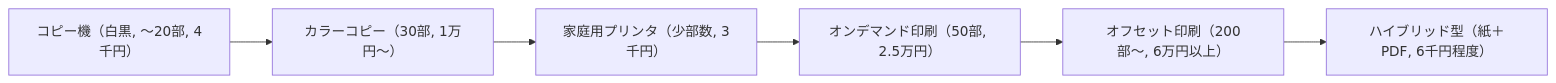
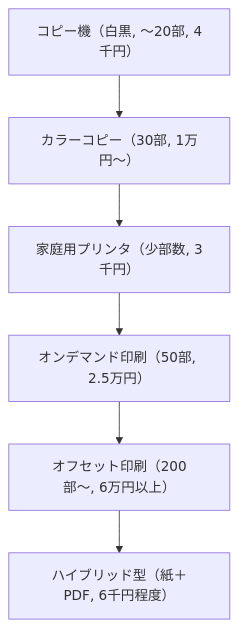
The fourth of 4 diagrams in _posts/2025-09-27-Column-Rave-Zine-Howto.md (monumental-movement/monumental-movement.github.io), drawn with Mermaid before and after one commit. The commit also changed other lines of this file, not shown here.

```diff
--- a/_posts/2025-09-27-Column-Rave-Zine-Howto.md
+++ b/_posts/2025-09-27-Column-Rave-Zine-Howto.md
@@ -270,8 +254,8 @@
 <div class="mermaid">
-graph LR
+flowchart TD
     A["コピー機（白黒, 〜20部, 4千円）"] --> B["カラーコピー（30部, 1万円〜）"]
     B --> C["家庭用プリンタ（少部数, 3千円）"]
     C --> D["オンデマンド印刷（50部, 2.5万円）"]
     D --> E["オフセット印刷（200部〜, 6万円以上）"]
     E --> F["ハイブリッド型（紙＋PDF, 6千円程度）"]
 </div>
```
